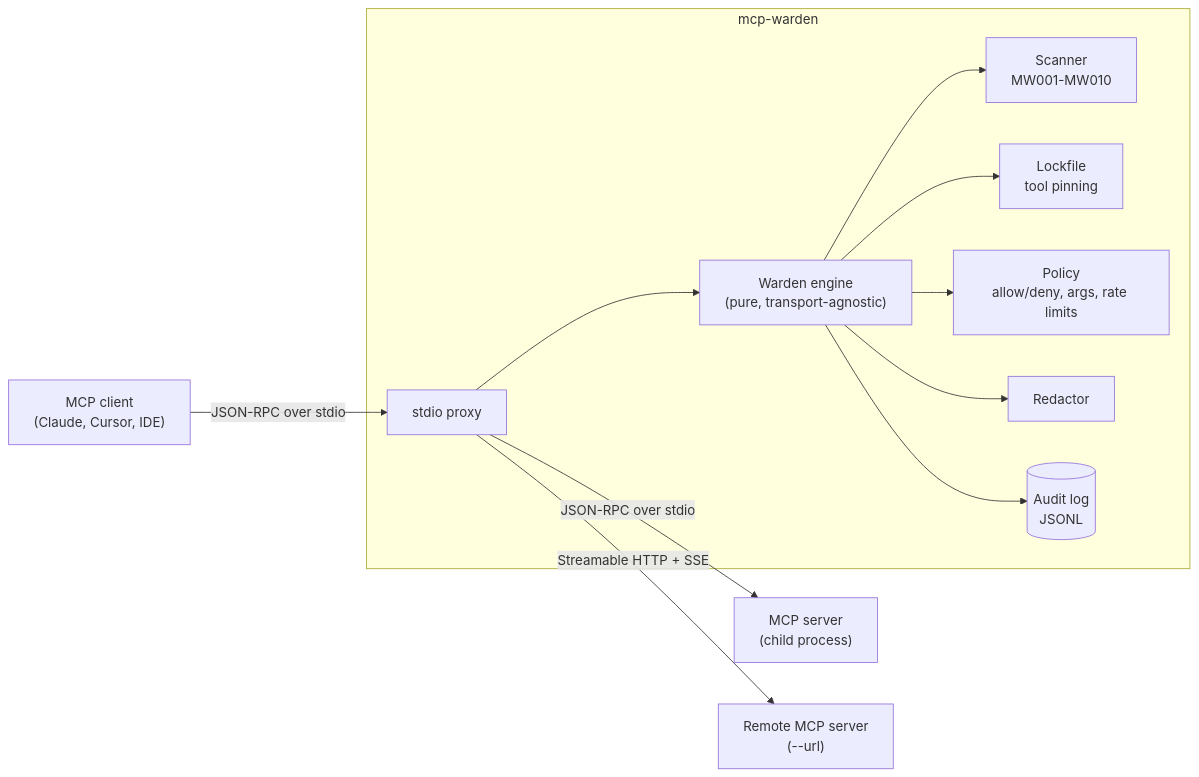
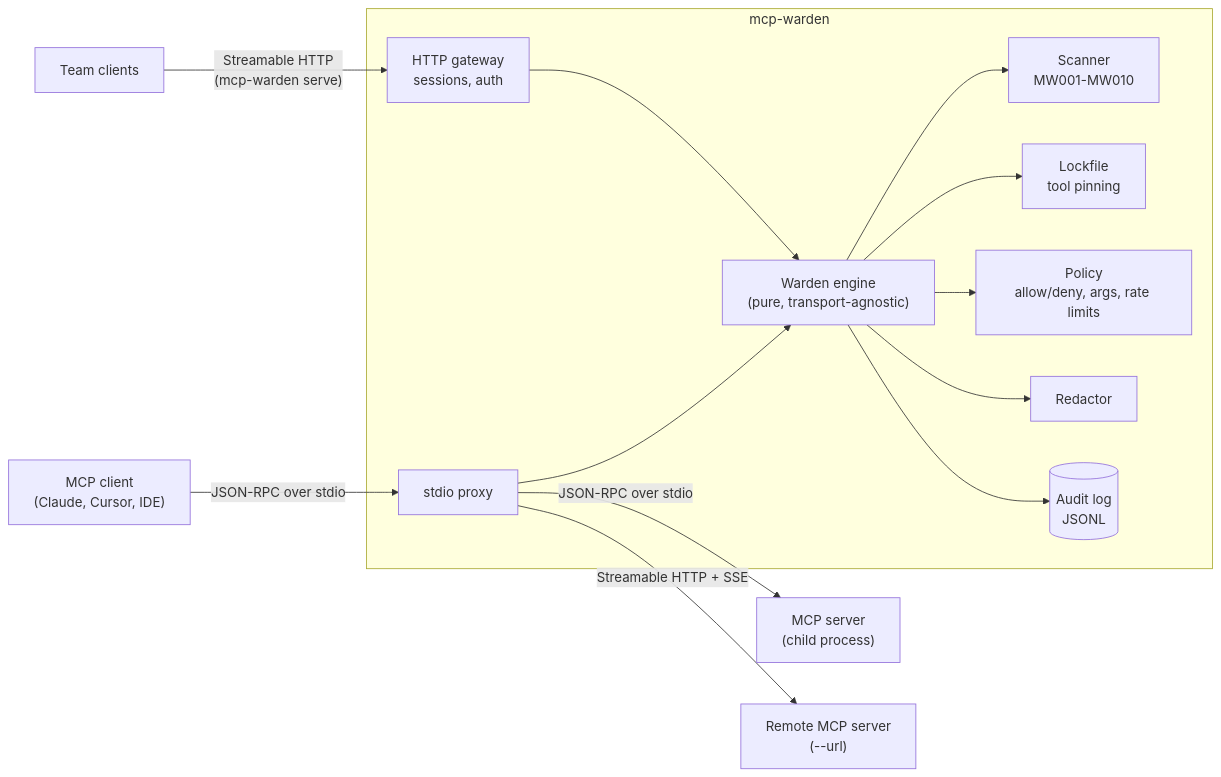
Before and after one commit to hasnat23/mcp-warden: the diagram in README.md, drawn with Mermaid. The commit also changed other lines of this file and 7 other files, not shown here.

First line of the commit message:
Add mcp-warden serve: the gateway as a shared Streamable HTTP endpoint

````diff
--- a/README.md
+++ b/README.md
@@ -38,14 +38,16 @@
 ```mermaid
 flowchart LR
     C["MCP client<br/>(Claude, Cursor, IDE)"] -- "JSON-RPC over stdio" --> P
+    T["Team clients"] -- "Streamable HTTP<br/>(mcp-warden serve)" --> G
     subgraph W["mcp-warden"]
         P["stdio proxy"] --> E["Warden engine<br/>(pure, transport-agnostic)"]
+        G["HTTP gateway<br/>sessions, auth"] --> E
         E --> S["Scanner<br/>MW001-MW010"]
         E --> L["Lockfile<br/>tool pinning"]
         E --> R["Policy<br/>allow/deny, args, rate limits"]
         E --> X["Redactor"]
         E --> A[("Audit log<br/>JSONL")]
     end
     P -- "JSON-RPC over stdio" --> S1["MCP server<br/>(child process)"]
     P -- "Streamable HTTP + SSE" --> S2["Remote MCP server<br/>(--url)"]
 ```
````
